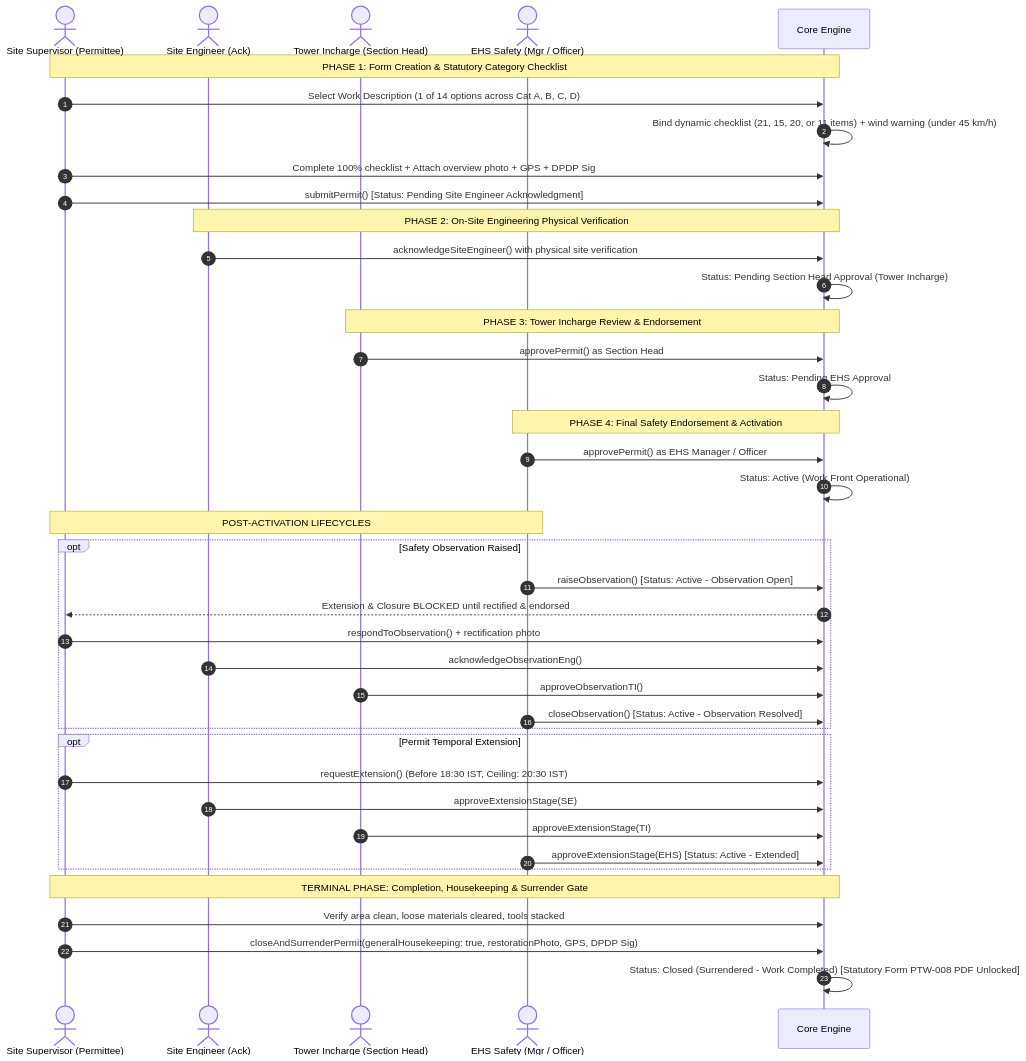
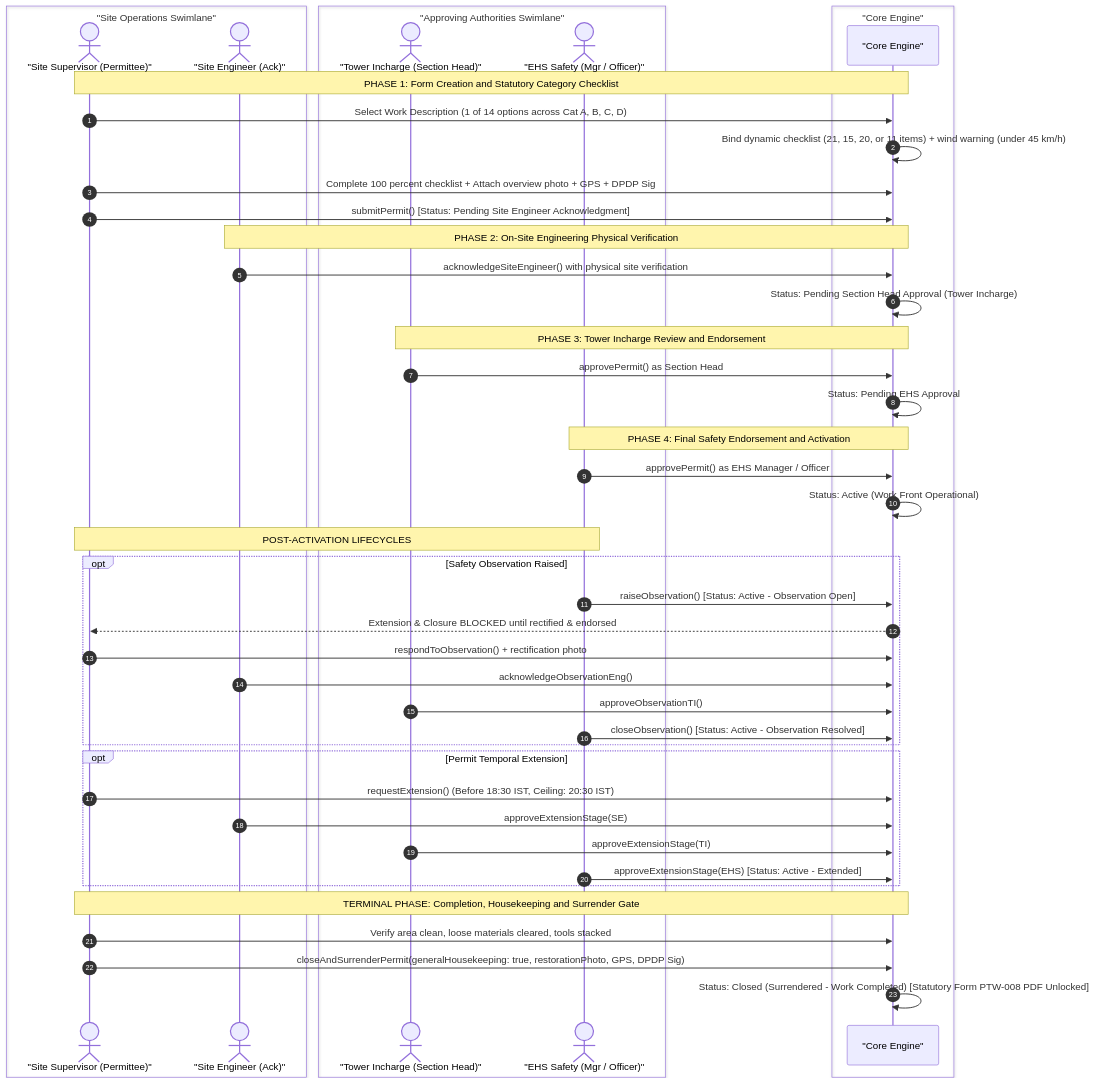
One commit to AuroGroupAutomationBot/ARPL-EHS-Demo changed diagram 27 of 41 in README.md. Above: the diagram before and after it, drawn with Mermaid. The commit also changed other lines of this file and 7 other files, not shown here.

````diff
--- a/README.md
+++ b/README.md
@@ -2139,49 +2286,55 @@
 ```mermaid
 sequenceDiagram
     autonumber
-    actor SS as Site Supervisor (Permittee)
-    actor SE as Site Engineer (Ack)
-    actor TI as Tower Incharge (Section Head)
-    actor EHS as EHS Safety (Mgr / Officer)
-    participant SYS as Core Engine
+    box "Site Operations Swimlane"
+        actor SS as "Site Supervisor (Permittee)"
+        actor SE as "Site Engineer (Ack)"
+    end
+    box "Approving Authorities Swimlane"
+        actor TI as "Tower Incharge (Section Head)"
+        actor EHS as "EHS Safety (Mgr / Officer)"
+    end
+    box "Core Engine"
+        participant SYS as "Core Engine"
+    end
 
-    Note over SS,SYS: PHASE 1: Form Creation & Statutory Category Checklist
+    Note over SS,SYS: PHASE 1: Form Creation and Statutory Category Checklist
     SS->>SYS: Select Work Description (1 of 14 options across Cat A, B, C, D)
     SYS->>SYS: Bind dynamic checklist (21, 15, 20, or 11 items) + wind warning (under 45 km/h)
-    SS->>SYS: Complete 100% checklist + Attach overview photo + GPS + DPDP Sig
+    SS->>SYS: Complete 100 percent checklist + Attach overview photo + GPS + DPDP Sig
     SS->>SYS: submitPermit() [Status: Pending Site Engineer Acknowledgment]
 
     Note over SE,SYS: PHASE 2: On-Site Engineering Physical Verification
     SE->>SYS: acknowledgeSiteEngineer() with physical site verification
     SYS->>SYS: Status: Pending Section Head Approval (Tower Incharge)
 
-    Note over TI,SYS: PHASE 3: Tower Incharge Review & Endorsement
+    Note over TI,SYS: PHASE 3: Tower Incharge Review and Endorsement
     TI->>SYS: approvePermit() as Section Head
     SYS->>SYS: Status: Pending EHS Approval
 
-    Note over EHS,SYS: PHASE 4: Final Safety Endorsement & Activation
+    Note over EHS,SYS: PHASE 4: Final Safety Endorsement and Activation
     EHS->>SYS: approvePermit() as EHS Manager / Officer
     SYS->>SYS: Status: Active (Work Front Operational)
 
     Note over SS,EHS: POST-ACTIVATION LIFECYCLES
     opt Safety Observation Raised
         EHS->>SYS: raiseObservation() [Status: Active - Observation Open]
         SYS-->>SS: Extension & Closure BLOCKED until rectified & endorsed
         SS->>SYS: respondToObservation() + rectification photo
         SE->>SYS: acknowledgeObservationEng()
         TI->>SYS: approveObservationTI()
         EHS->>SYS: closeObservation() [Status: Active - Observation Resolved]
     end
 
     opt Permit Temporal Extension
         SS->>SYS: requestExtension() (Before 18:30 IST, Ceiling: 20:30 IST)
         SE->>SYS: approveExtensionStage(SE)
         TI->>SYS: approveExtensionStage(TI)
         EHS->>SYS: approveExtensionStage(EHS) [Status: Active - Extended]
     end
 
-    Note over SS,SYS: TERMINAL PHASE: Completion, Housekeeping & Surrender Gate
+    Note over SS,SYS: TERMINAL PHASE: Completion, Housekeeping and Surrender Gate
     SS->>SYS: Verify area clean, loose materials cleared, tools stacked
     SS->>SYS: closeAndSurrenderPermit(generalHousekeeping: true, restorationPhoto, GPS, DPDP Sig)
     SYS->>SYS: Status: Closed (Surrendered - Work Completed) [Statutory Form PTW-008 PDF Unlocked]
 ```
````
